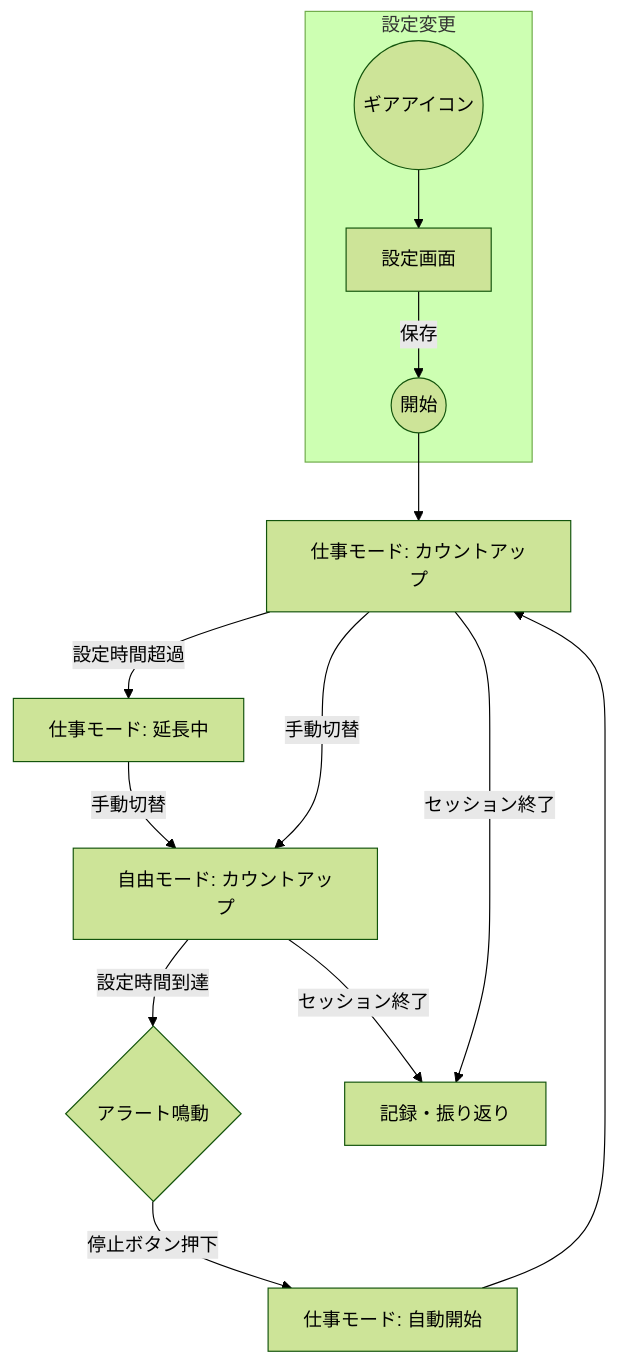
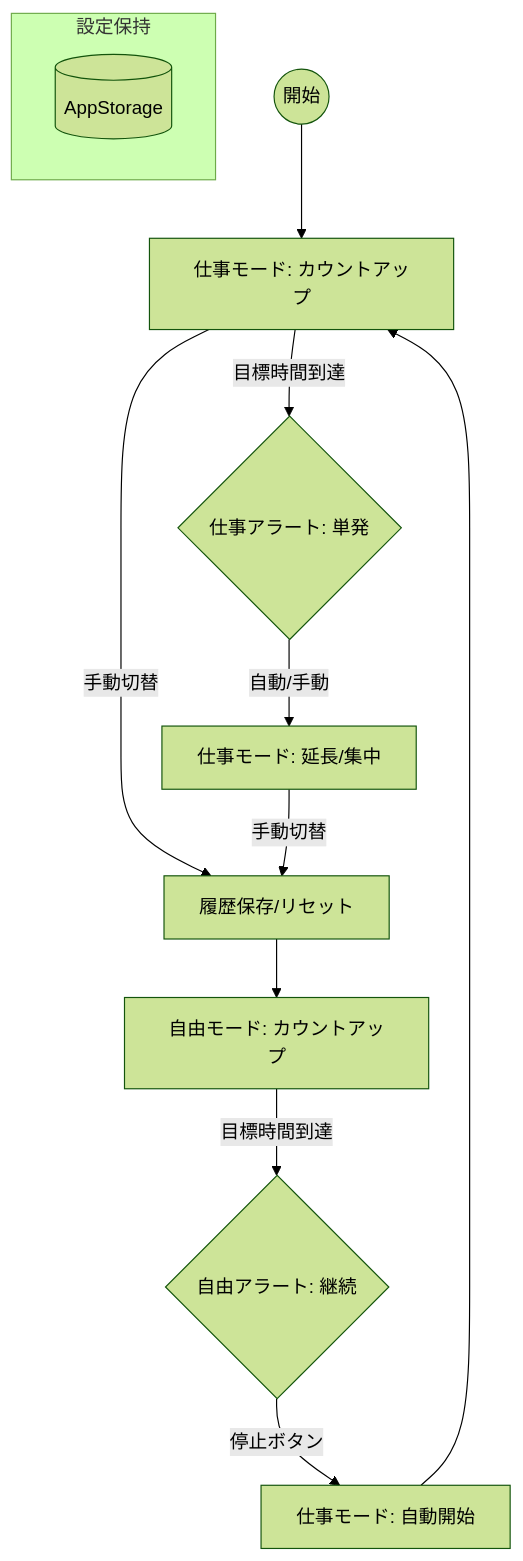
Before and after one commit to bramble-brux/fe_modoki: the diagram in TRANSITIONS.md, drawn with Mermaid (forest theme). The commit also changed other lines of this file and 1 other file, not shown here.

Commit message:
Update requirements and transitions based on 15-minute change method blog

````diff
--- a/TRANSITIONS.md
+++ b/TRANSITIONS.md
@@ -5,21 +5,18 @@
 ```mermaid
 graph TD
     Start((開始)) --> Work[仕事モード: カウントアップ]
-    Work -->|設定時間超過| WorkExt[仕事モード: 延長中]
+    Work -->|目標時間到達| WorkAlert{仕事アラート: 単発}
+    WorkAlert -->|自動/手動| WorkExt[仕事モード: 延長/集中]
     
-    Work -->|手動切替| Free[自由モード: カウントアップ]
-    WorkExt -->|手動切替| Free
+    Work -->|手動切替| Record[履歴保存/リセット]
+    WorkExt -->|手動切替| Record
+    Record --> Free[自由モード: カウントアップ]
     
-    Free -->|設定時間到達| Alert{アラート鳴動}
-    Alert -->|停止ボタン押下| WorkAuto[仕事モード: 自動開始]
-    
+    Free -->|目標時間到達| FreeAlert{自由アラート: 継続}
+    FreeAlert -->|停止ボタン| WorkAuto[仕事モード: 自動開始]
     WorkAuto --> Work
     
-    Work -->|セッション終了| Record[記録・振り返り]
-    Free -->|セッション終了| Record
-    
-    subgraph 設定変更
-        Gear((ギアアイコン)) --> Settings[設定画面]
-        Settings -->|保存| Start
+    subgraph 設定保持
+        AppStorage[(AppStorage)]
     end
 ```
````
